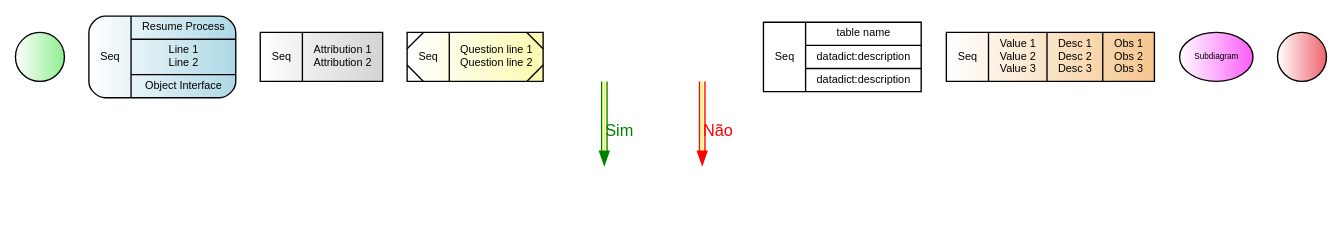
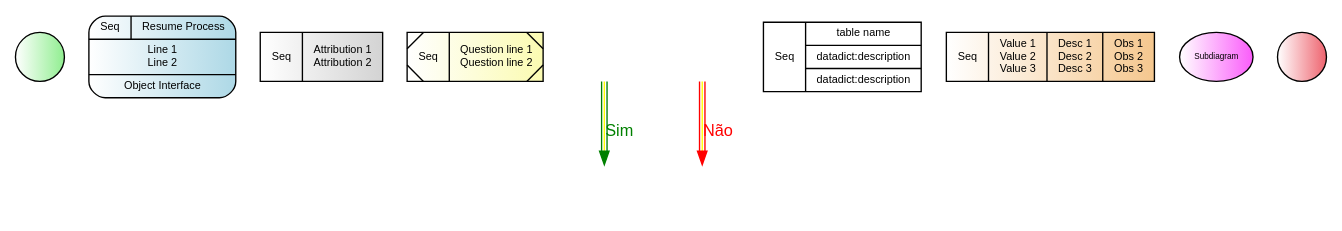
One commit to GiovaniPM/Graphs changed the diagram in Templates/templatejde.gv. Above: the diagram before and after it, drawn with Graphviz. The commit also changed 1 other file, not shown here.

```diff
--- a/Templates/templatejde.gv
+++ b/Templates/templatejde.gv
@@ -1,92 +1,92 @@
 digraph R {
     nodeini [
                 shape=circle,
                 style="filled",
                 fillcolor="white:lightgreen",
                 label=""
             ]
     node001 [
                 fontname = "Arial",
                 fontsize = 8,
                 shape=record,
                 style="rounded,filled",
                 fillcolor="white:lightblue"
-                label="Seq|{Resume Process|Line 1\nLine 2|Object Interface}"
+                label="{{Seq|Resume Process}|Line 1\nLine 2|Object Interface}"
             ]
     node002 [
                 fontname = "Arial",
                 fontsize = 8,
                 shape=record,
                 style="filled",
                 fillcolor="white:lightgray"
                 label="Seq|{Attribution 1\nAttribution 2}"
             ]
     node003 [
                 fontname = "Arial",
                 fontsize = 8,
                 shape=record,
                 style="diagonals,filled",
                 fillcolor="white:#fbfbb1"
                 label="Seq|{Question line 1\nQuestion line 2}"
             ]
     node004 [
                 fontname = "Arial",
                 fontsize = 8,
                 shape = none,
                 style=invisible
                 label=""
             ]
     node005 [
                 fontname = "Arial",
                 fontsize = 8,
                 shape = none,
                 style=invisible
                 label=""
             ]
     node006 [
                 fontname = "Arial",
                 fontsize = 8,
                 shape = none,
                 style=invisible
                 label=""
             ]
     node007 [
                 fontname = "Arial",
                 fontsize = 8,
                 shape = none,
                 style=invisible
                 label=""
             ]
     node008 [
                 fontname = "Arial",
                 fontsize = 8,
                 shape=record,
                 style="none",
                 fillcolor="white"
                 label="Seq|{table name|<col1>datadict:description|<col2>datadict:description}"
             ]
     node009 [
                 fontname = "Arial",
                 fontsize = 8,
                 shape=record,
                 style="filled",
                 fillcolor="white:#f5c78e"
                 label="Seq|Value 1\nValue 2\nValue 3|Desc 1\nDesc 2\nDesc 3|Obs 1\nObs 2\nObs 3}"
             ]
     nodeint [
                 fontname = "Arial",
                 fontsize = 6,
                 shape=ellipse,
                 style="filled",
                 fillcolor="white:#fa5cfa",
                 label="Subdiagram"
             ]
     nodefin [
                 shape=circle,
                 style="filled",
                 fillcolor="white:#ee636e",
                 label=""
             ]
     node004 -> node005 [fontname = "Arial", fontsize = 12, fontcolor="green", color="green:yellow:green", label="Sim"]
     node006 -> node007 [fontname = "Arial", fontsize = 12, fontcolor="red", color="red:yellow:red", label="Não"]
 }
```
